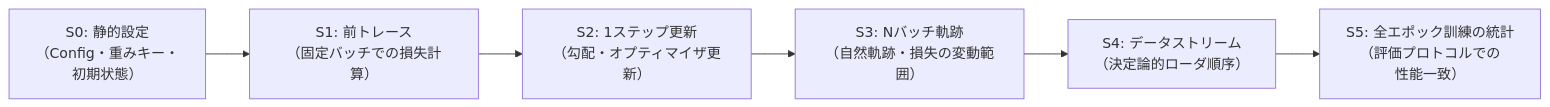
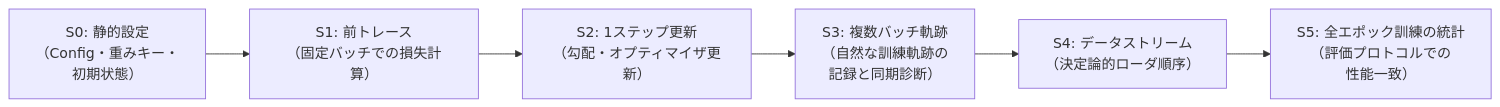
The third of 3 diagrams in articles/design-generators-harness.md (shunk031/zenn-contents), drawn with Mermaid before and after one commit. The commit also changed other lines of this file and 1 other file, not shown here.

````diff
--- a/articles/design-generators-harness.md
+++ b/articles/design-generators-harness.md
@@ -155,11 +161,11 @@
 ```mermaid
 flowchart LR
     S0["S0: 静的設定<br>（Config・重みキー・<br>初期状態）"]
     S1["S1: 前トレース<br>（固定バッチでの損失計算）"]
     S2["S2: 1ステップ更新<br>（勾配・オプティマイザ更新）"]
-    S3["S3: Nバッチ軌跡<br>（自然軌跡・損失の変動範囲）"]
+    S3["S3: 複数バッチ軌跡<br>（自然な訓練軌跡の<br>記録と同期診断）"]
     S4["S4: データストリーム<br>（決定論的ローダ順序）"]
     S5["S5: 全エポック訓練の統計<br>（評価プロトコルでの<br>性能一致）"]
 
     S0 --> S1 --> S2 --> S3 --> S4 --> S5
 ```
````
